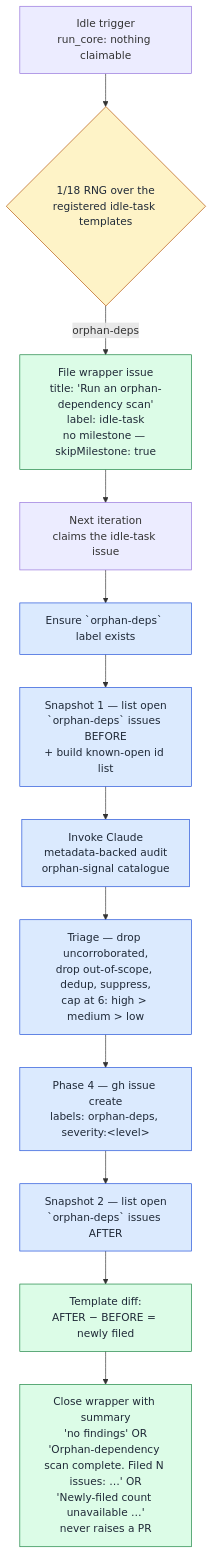
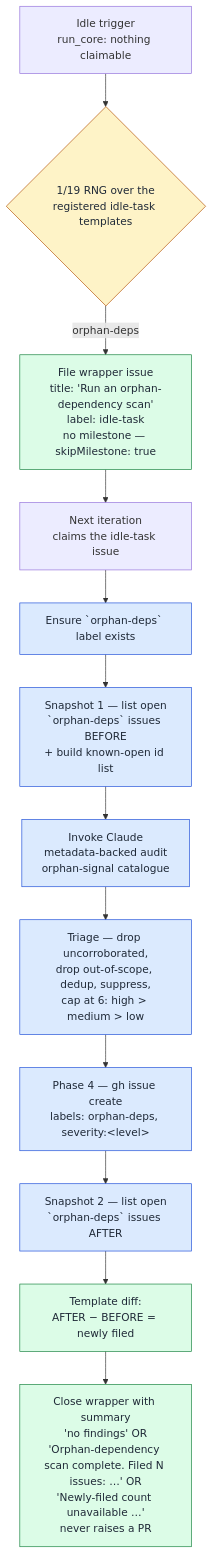
Before and after one commit to stSoftwareAU/VibeCoder: the third of 4 diagrams in docs/ORPHAN-DEPS-SCAN.md, drawn with Mermaid. The commit also changed other lines of this file and 12 other files, not shown here.

````diff
--- a/docs/ORPHAN-DEPS-SCAN.md
+++ b/docs/ORPHAN-DEPS-SCAN.md
@@ -229,20 +229,20 @@
 ```mermaid
 flowchart TD
     classDef gate fill:#fef3c7,stroke:#b45309,color:#1f2937;
     classDef phase fill:#dbeafe,stroke:#1d4ed8,color:#1f2937;
     classDef output fill:#dcfce7,stroke:#15803d,color:#1f2937;
 
     Idle[Idle trigger<br/>run_core: nothing claimable]
-    Idle --> Pick{1/18 RNG over the<br/>registered idle-task templates}
+    Idle --> Pick{1/19 RNG over the<br/>registered idle-task templates}
     Pick -- orphan-deps --> FileWrapper[File wrapper issue<br/>title: 'Run an orphan-dependency scan'<br/>label: idle-task<br/>no milestone — skipMilestone: true]:::output
     FileWrapper --> Claim[Next iteration<br/>claims the idle-task issue]
     Claim --> Ensure[Ensure `orphan-deps` label exists]:::phase
     Ensure --> Before[Snapshot 1 — list open<br/>`orphan-deps` issues BEFORE<br/>+ build known-open id list]:::phase
     Before --> Run[Invoke Claude<br/>metadata-backed audit<br/>orphan-signal catalogue]:::phase
     Run --> Cap[Triage — drop uncorroborated,<br/>drop out-of-scope, dedup, suppress,<br/>cap at 6: high > medium > low]:::phase
     Cap --> FileFindings[Phase 4 — gh issue create<br/>labels: orphan-deps, severity:&lt;level&gt;]:::phase
     FileFindings --> After[Snapshot 2 — list open<br/>`orphan-deps` issues AFTER]:::phase
     After --> Diff[Template diff:<br/>AFTER − BEFORE = newly filed]:::output
     Diff --> Close[Close wrapper with summary<br/>'no findings' OR<br/>'Orphan-dependency scan complete. Filed N issues: …' OR<br/>'Newly-filed count unavailable …'<br/>never raises a PR]:::output
     class Pick gate;
 ```
````
